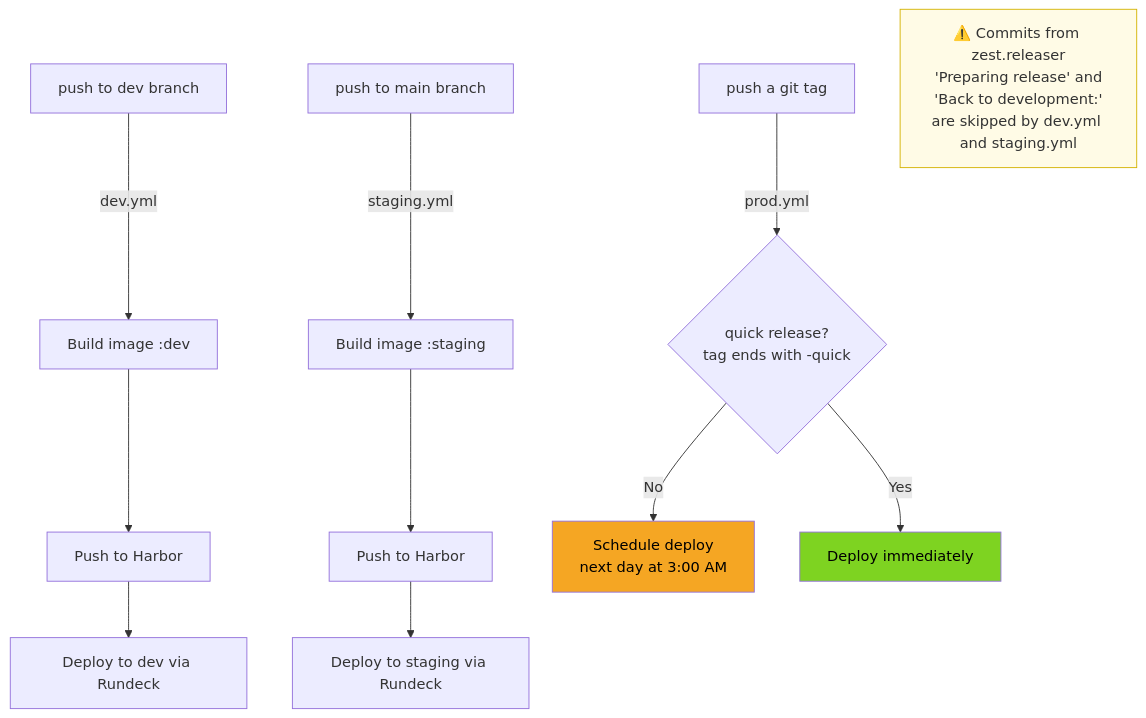
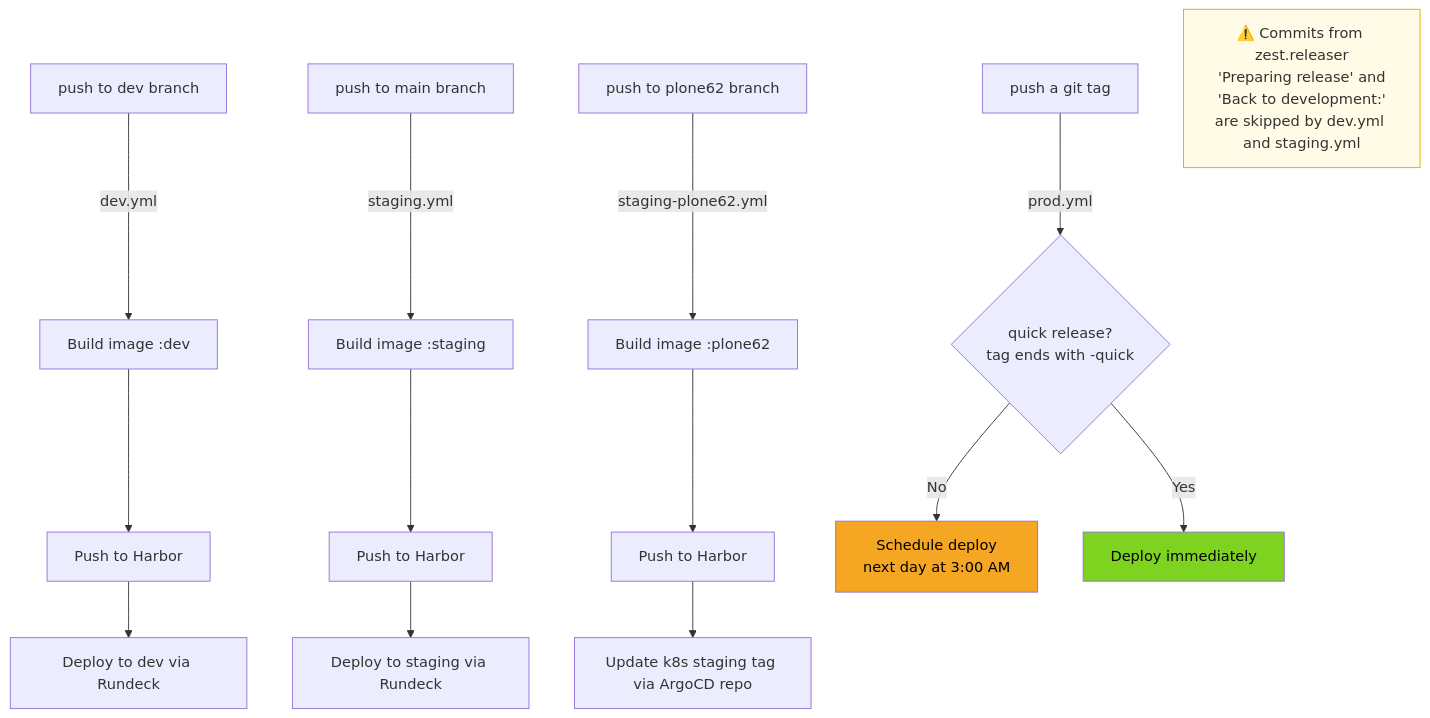
Before and after one commit to IMIO/buildout.smartweb: the first of 4 diagrams in .github/workflows/README.md, drawn with Mermaid. The commit also changed other lines of this file and 2 other files, not shown here.

First line of the commit message:
feat(ci/cd): plone62 image

````diff
--- a/.github/workflows/README.md
+++ b/.github/workflows/README.md
@@ -15,20 +15,24 @@
 ```mermaid
 flowchart TD
     A[push to dev branch] -->|dev.yml| B[Build image :dev]
     B --> C[Push to Harbor]
     C --> D[Deploy to dev via Rundeck]
 
     E[push to main branch] -->|staging.yml| F[Build image :staging]
     F --> G[Push to Harbor]
     G --> H[Deploy to staging via Rundeck]
+
+    P[push to plone62 branch] -->|staging-plone62.yml| Q[Build image :plone62]
+    Q --> R[Push to Harbor]
+    R --> S[Update k8s staging tag via ArgoCD repo]
 
     I[push a git tag] -->|prod.yml| J{quick release?\ntag ends with -quick}
     J -- No --> K[Schedule deploy\nnext day at 3:00 AM]
     J -- Yes --> L[Deploy immediately]
 
     style K fill:#f5a623,color:#000
     style L fill:#7ed321,color:#000
 
     note1[" ⚠️ Commits from zest.releaser\n'Preparing release' and\n'Back to development:'\nare skipped by dev.yml and staging.yml"]
     style note1 fill:#fffbe6,stroke:#d4b300,color:#333
 ```
````
